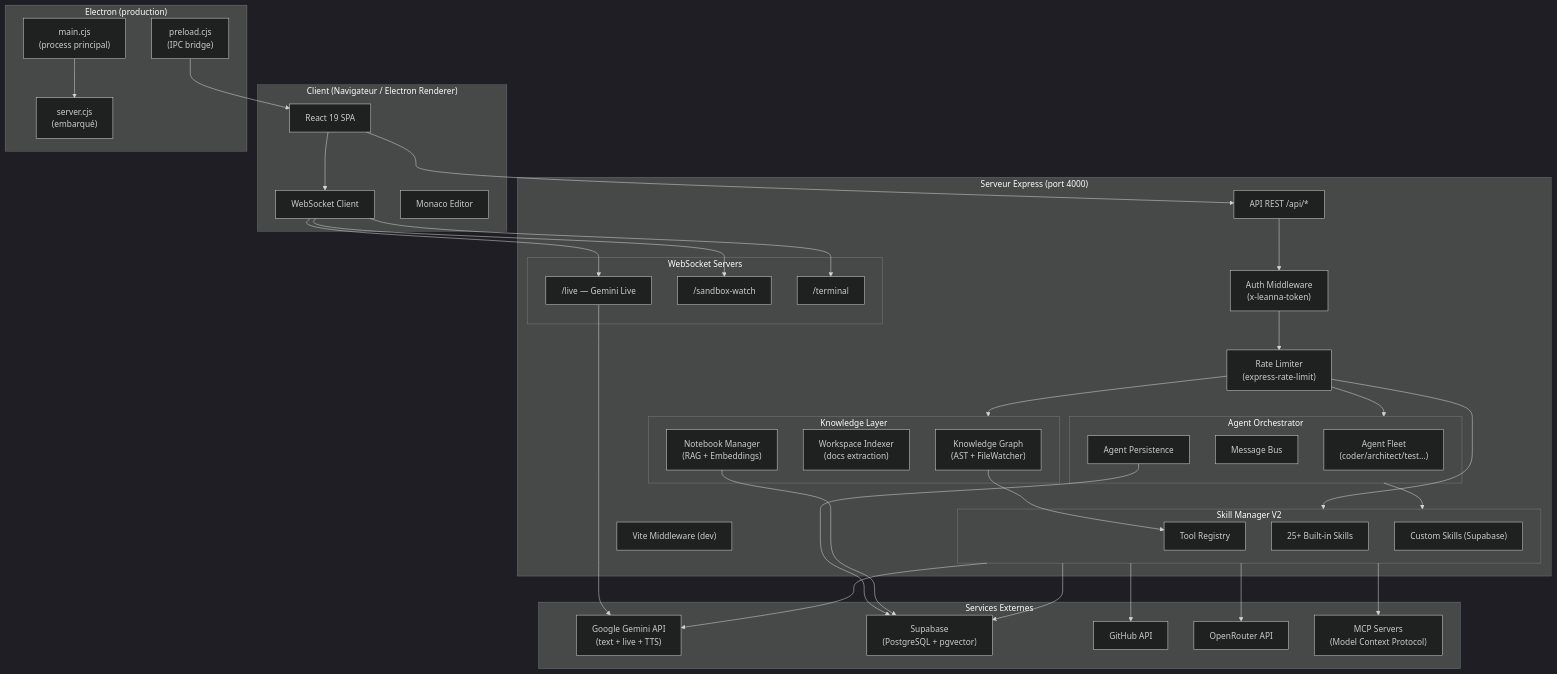
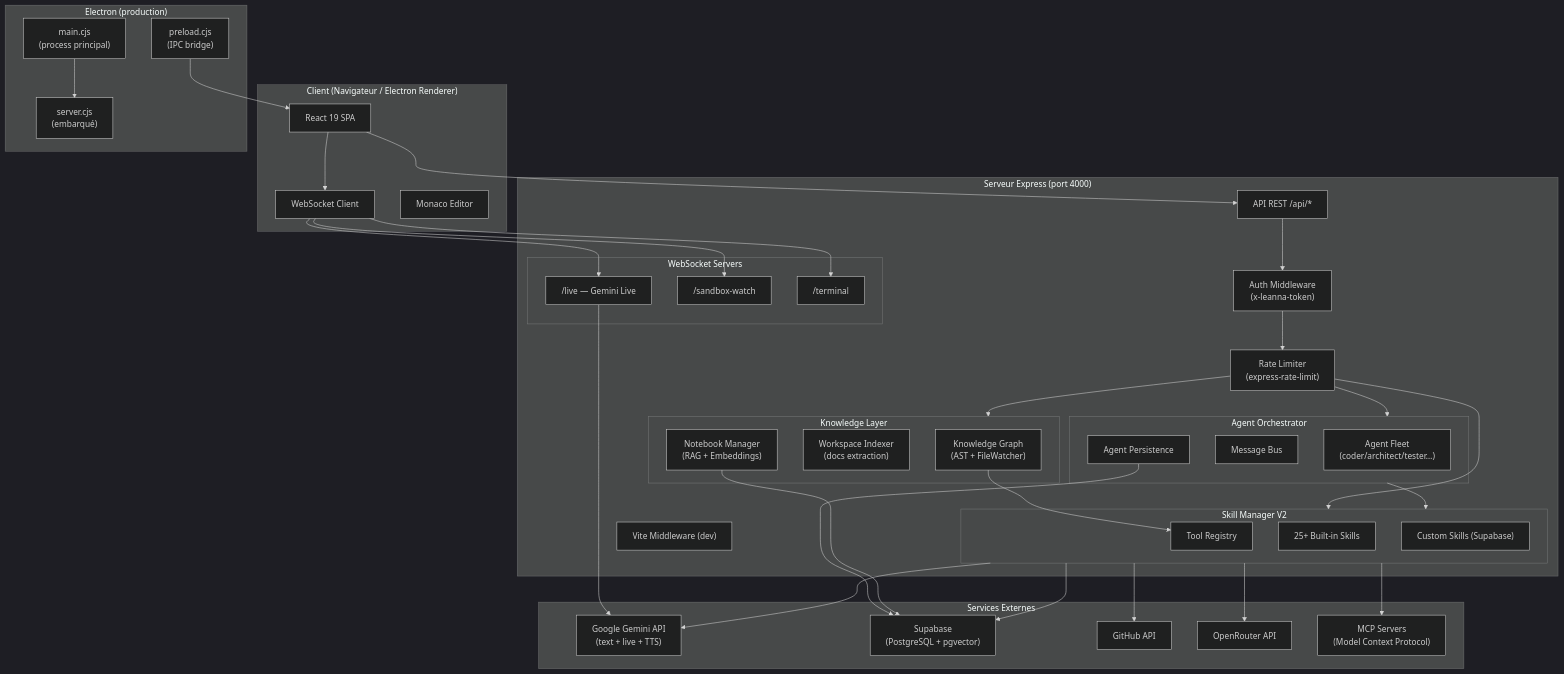
One commit to moonback/Leanna-IDE changed the diagram in ARCHITECTURE.md. Above: the diagram before and after it, drawn with Mermaid (dark theme). The commit also changed other lines of this file and 7 other files, not shown here.

````diff
--- a/ARCHITECTURE.md
+++ b/ARCHITECTURE.md
@@ -7,79 +7,79 @@
 ```mermaid
 graph TD
     subgraph Client["Client (Navigateur / Electron Renderer)"]
         UI["React 19 SPA"]
         WS_CLIENT["WebSocket Client"]
         MONACO["Monaco Editor"]
     end
 
     subgraph Server["Serveur Express (port 4000)"]
         VITE["Vite Middleware (dev)"]
         API["API REST /api/*"]
         AUTH["Auth Middleware\n(x-leanna-token)"]
         RATE["Rate Limiter\n(express-rate-limit)"]
 
         subgraph WS["WebSocket Servers"]
             WS_LIVE["/live — Gemini Live"]
             WS_SANDBOX["/sandbox-watch"]
             WS_TERMINAL["/terminal"]
         end
 
         subgraph SKILLS["Skill Manager V2"]
             RUNTIME["Tool Registry"]
             BUILTIN["25+ Built-in Skills"]
             CUSTOM["Custom Skills (Supabase)"]
         end
 
         subgraph AGENTS["Agent Orchestrator"]
-            FLEET["Agent Fleet\n(coder/architect/test…)"]
+            FLEET["Agent Fleet\n(coder/architect/tester…)"]
             BUS["Message Bus"]
             PERSIST["Agent Persistence"]
         end
 
         subgraph KNOWLEDGE["Knowledge Layer"]
             KG["Knowledge Graph\n(AST + FileWatcher)"]
             WI["Workspace Indexer\n(docs extraction)"]
             NB["Notebook Manager\n(RAG + Embeddings)"]
         end
     end
 
     subgraph EXTERNAL["Services Externes"]
         GEMINI["Google Gemini API\n(text + live + TTS)"]
         SUPABASE["Supabase\n(PostgreSQL + pgvector)"]
         GITHUB_API["GitHub API"]
         OPENROUTER["OpenRouter API"]
         MCP["MCP Servers\n(Model Context Protocol)"]
     end
 
     subgraph ELECTRON["Electron (production)"]
         MAIN["main.cjs\n(process principal)"]
         PRELOAD["preload.cjs\n(IPC bridge)"]
         SERVER_EMB["server.cjs\n(embarqué)"]
     end
 
     UI --> API
     UI --> WS_CLIENT
     WS_CLIENT --> WS_LIVE
     WS_CLIENT --> WS_SANDBOX
     WS_CLIENT --> WS_TERMINAL
 
     API --> AUTH --> RATE
     RATE --> SKILLS
     RATE --> AGENTS
     RATE --> KNOWLEDGE
 
     SKILLS --> GEMINI
     SKILLS --> SUPABASE
     SKILLS --> GITHUB_API
     SKILLS --> OPENROUTER
     SKILLS --> MCP
 
     WS_LIVE --> GEMINI
     AGENTS --> SKILLS
     PERSIST --> SUPABASE
     NB --> SUPABASE
     KG --> RUNTIME
 
     MAIN --> SERVER_EMB
     PRELOAD --> UI
 ```
````
